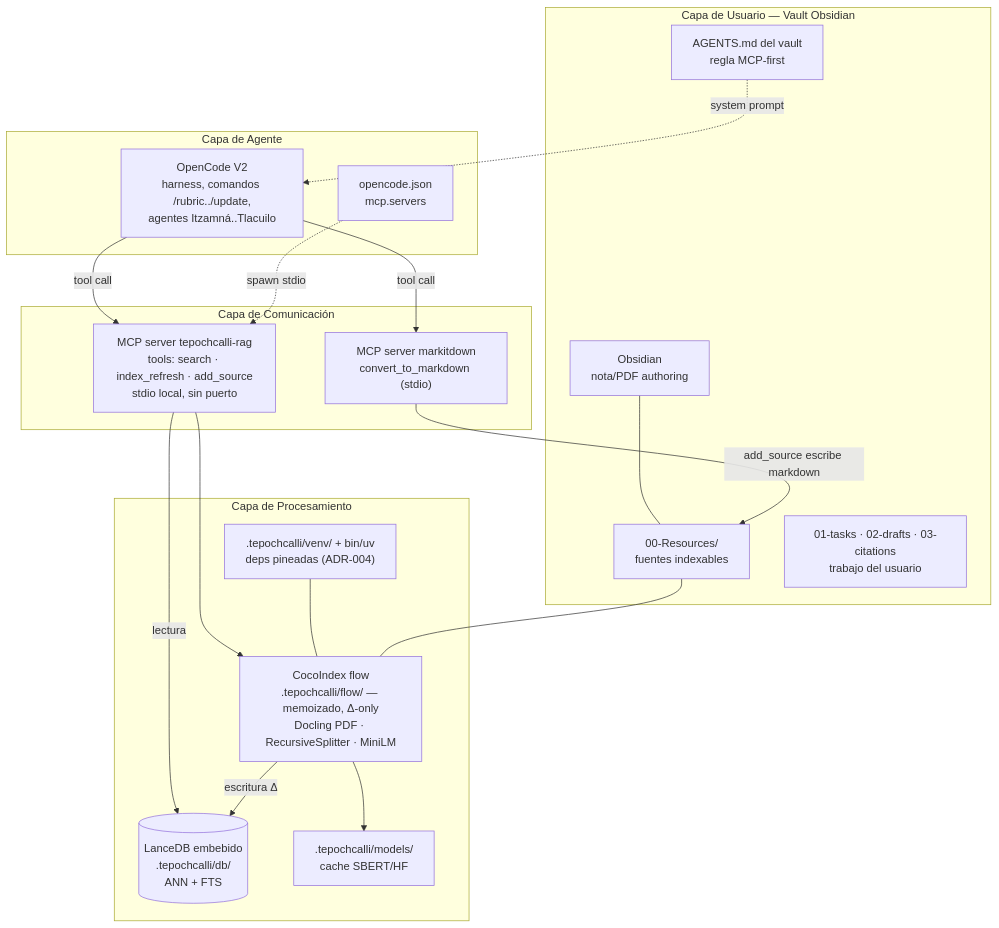
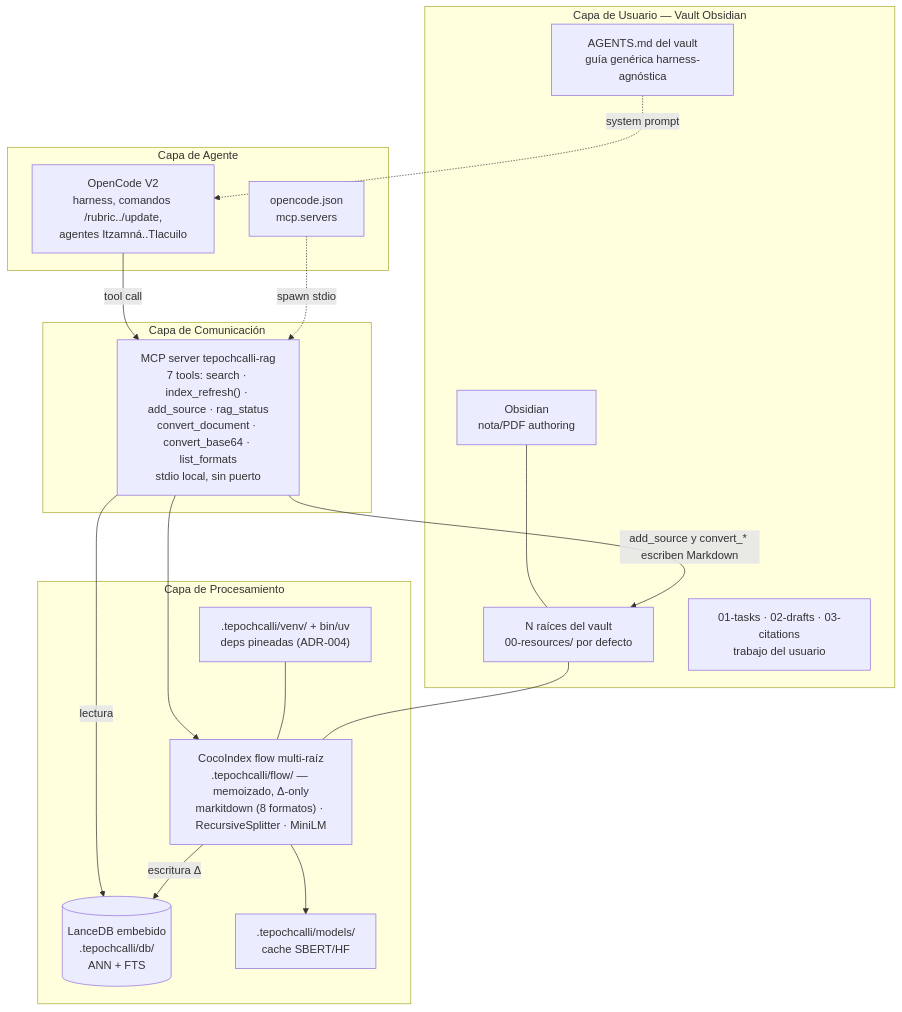
One commit to Fisherk2/tepochcalli-opencode changed the first of 5 diagrams in docs/ARCHITECTURE.md. Above: the diagram before and after it, drawn with Mermaid. The commit also changed other lines of this file and 2565 other files, not shown here.

````diff
--- a/docs/ARCHITECTURE.md
+++ b/docs/ARCHITECTURE.md
@@ -17,39 +17,37 @@
 ```mermaid
 graph TB
     subgraph USUARIO["Capa de Usuario — Vault Obsidian"]
         OB["Obsidian<br/>nota/PDF authoring"]
-        RES["00-Resources/<br/>fuentes indexables"]
+        RES["N raíces del vault<br/>00-resources/ por defecto"]
         WORK["01-tasks · 02-drafts · 03-citations<br/>trabajo del usuario"]
-        VAG["AGENTS.md del vault<br/>regla MCP-first"]
+        VAG["AGENTS.md del vault<br/>guía genérica harness-agnóstica"]
     end
 
     subgraph AGENTE["Capa de Agente"]
         OC["OpenCode V2<br/>harness, comandos /rubric../update,<br/>agentes Itzamná..Tlacuilo"]
         CFG["opencode.json<br/>mcp.servers"]
     end
 
     subgraph MCP["Capa de Comunicación"]
-        RAG["MCP server tepochcalli-rag<br/>tools: search · index_refresh · add_source<br/>stdio local, sin puerto"]
-        MD["MCP server markitdown<br/>convert_to_markdown (stdio)"]
+        RAG["MCP server tepochcalli-rag<br/>7 tools: search · index_refresh() · add_source · rag_status<br/>convert_document · convert_base64 · list_formats<br/>stdio local, sin puerto"]
     end
 
     subgraph ENGINE["Capa de Procesamiento"]
-        FLOW["CocoIndex flow<br/>.tepochcalli/flow/ — memoizado, Δ-only<br/>Docling PDF · RecursiveSplitter · MiniLM"]
+        FLOW["CocoIndex flow multi-raíz<br/>.tepochcalli/flow/ — memoizado, Δ-only<br/>markitdown (8 formatos) · RecursiveSplitter · MiniLM"]
         DB[("LanceDB embebido<br/>.tepochcalli/db/<br/>ANN + FTS")]
         MODELS[".tepochcalli/models/<br/>cache SBERT/HF"]
         VENV[".tepochcalli/venv/ + bin/uv<br/>deps pineadas (ADR-004)"]
     end
 
     OB --- RES
     OC -->|tool call| RAG
-    OC -->|tool call| MD
     RAG --> FLOW
     RAG -->|lectura| DB
     FLOW -->|escritura Δ| DB
     FLOW --> MODELS
-    MD -->|add_source escribe markdown| RES
+    RAG -->|add_source y convert_* escriben Markdown| RES
     VAG -.->|system prompt| OC
     CFG -.->|spawn stdio| RAG
     VENV --- FLOW
     RES --- FLOW
 ```
````
